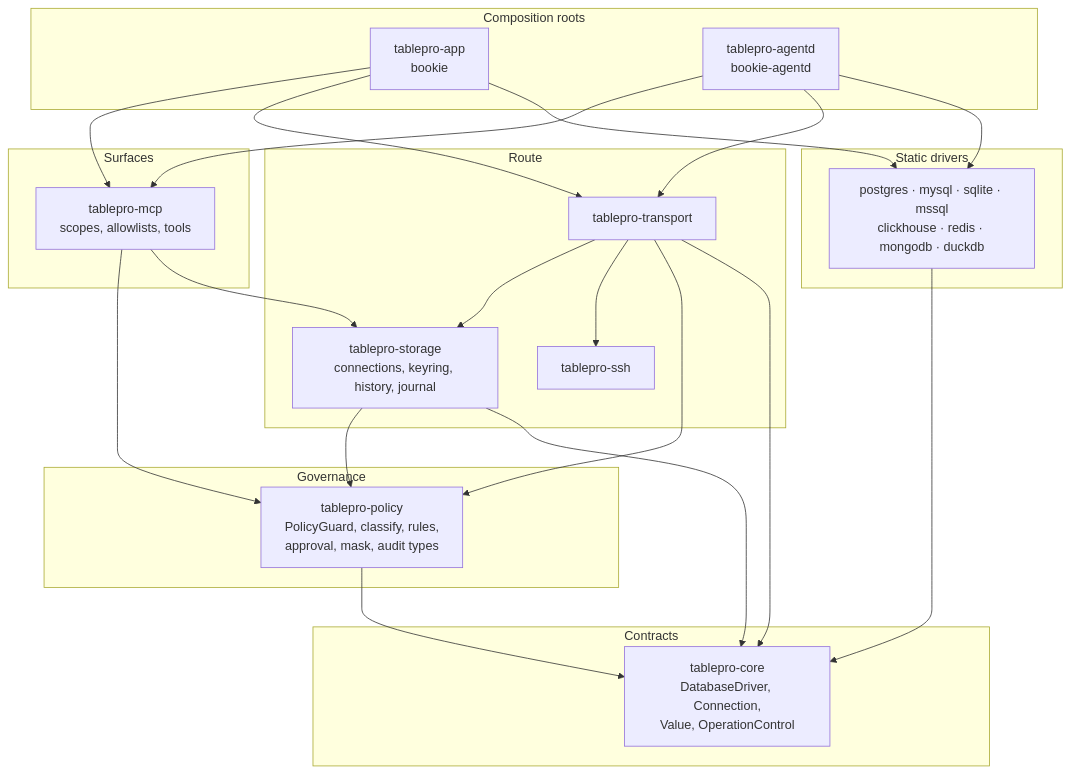
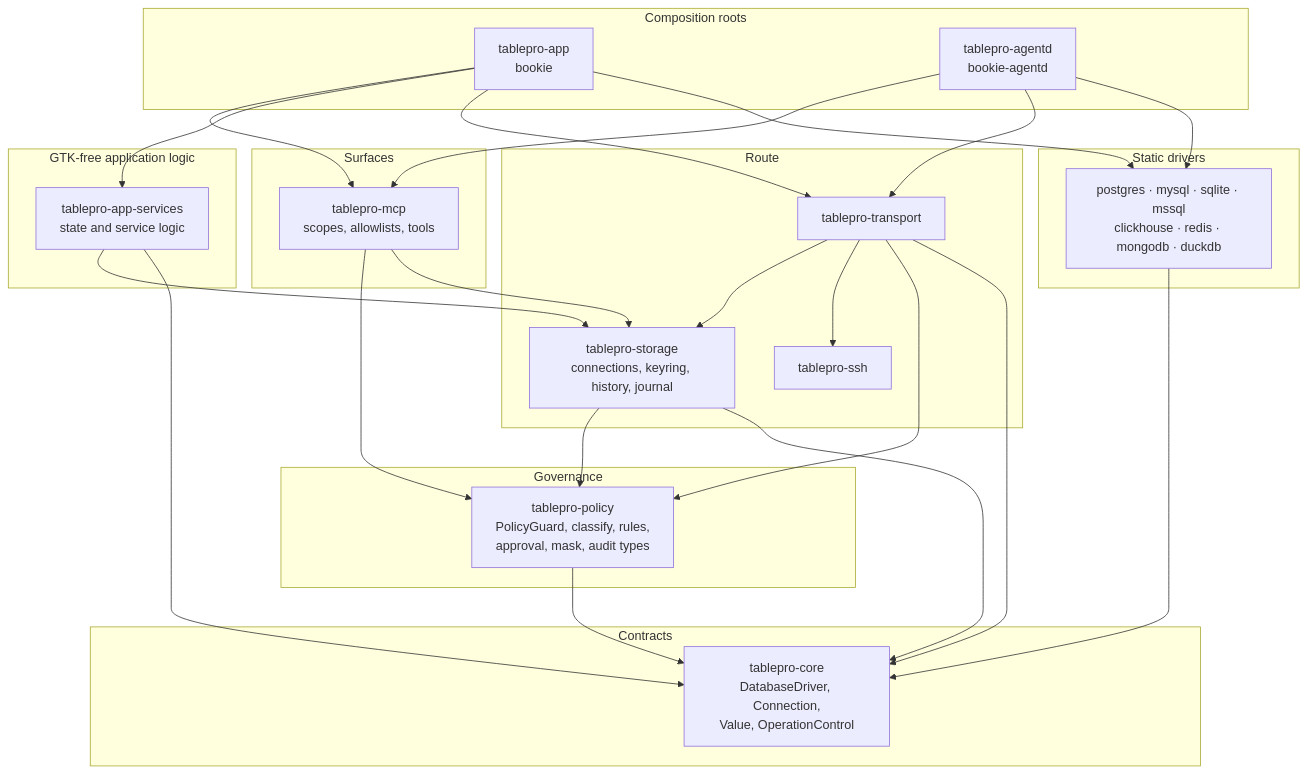
The second of 5 diagrams in ARCHITECTURE.md (TableProApp/TablePro), drawn with Mermaid before and after one commit. The commit also changed other lines of this file and 2 other files, not shown here.

Commit message:
docs(architecture): align workspace map with source

````diff
--- a/ARCHITECTURE.md
+++ b/ARCHITECTURE.md
@@ -76,46 +74,53 @@
 ```mermaid
 flowchart TB
     subgraph roots["Composition roots"]
         app["tablepro-app<br/>bookie"]
         agentd["tablepro-agentd<br/>bookie-agentd"]
     end
 
     subgraph surfaces["Surfaces"]
         mcp["tablepro-mcp<br/>scopes, allowlists, tools"]
+    end
+
+    subgraph app_logic["GTK-free application logic"]
+        app_services["tablepro-app-services<br/>state and service logic"]
     end
 
     subgraph governance["Governance"]
         policy["tablepro-policy<br/>PolicyGuard, classify, rules,<br/>approval, mask, audit types"]
     end
 
     subgraph route["Route"]
         transport["tablepro-transport"]
         ssh["tablepro-ssh"]
         storage["tablepro-storage<br/>connections, keyring, history, journal"]
     end
 
     subgraph contracts["Contracts"]
         core["tablepro-core<br/>DatabaseDriver, Connection,<br/>Value, OperationControl"]
     end
 
     subgraph drivers["Static drivers"]
         drv["postgres · mysql · sqlite · mssql<br/>clickhouse · redis · mongodb · duckdb"]
     end
 
     app --> mcp
     agentd --> mcp
+    app --> app_services
+    app_services --> storage
+    app_services --> core
     app --> transport
     agentd --> transport
     mcp --> policy
     mcp --> storage
     transport --> storage
     transport --> ssh
     transport --> policy
     transport --> core
     policy --> core
     storage --> policy
     storage --> core
     drv --> core
     app --> drv
     agentd --> drv
 ```
````
